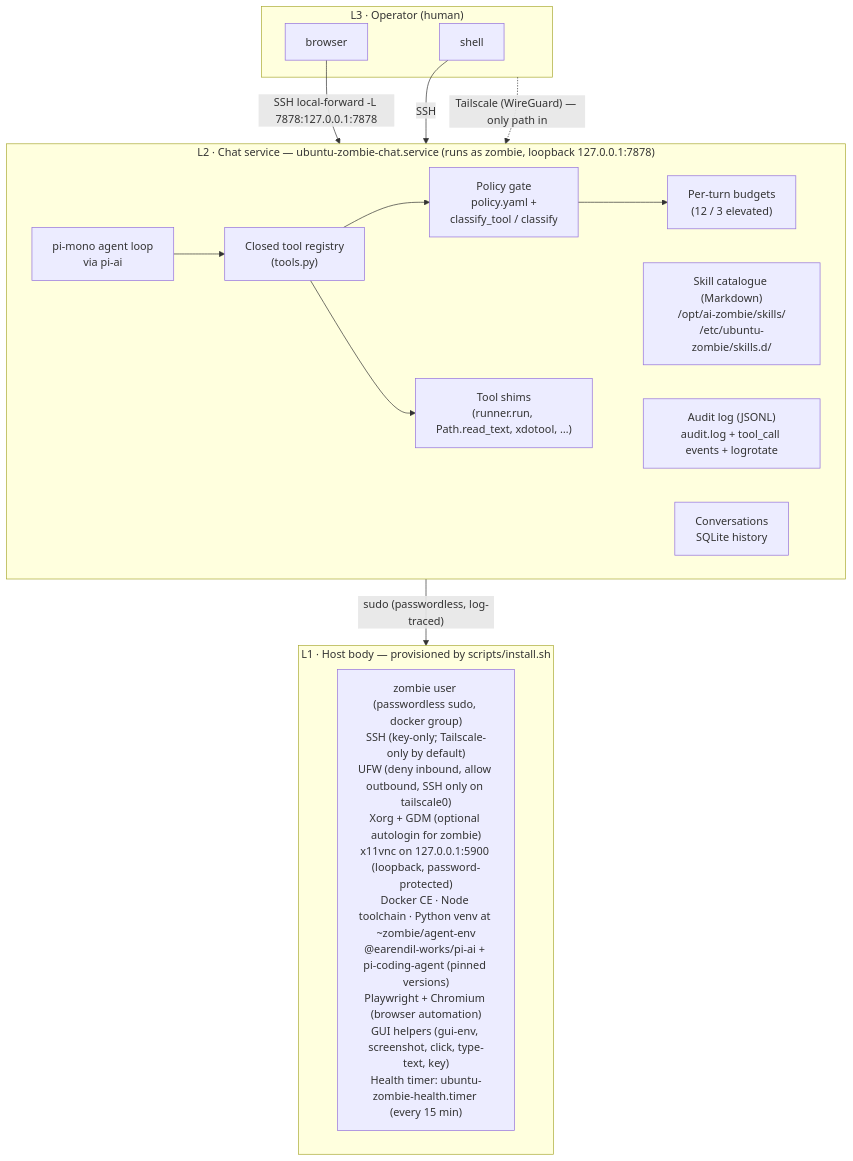
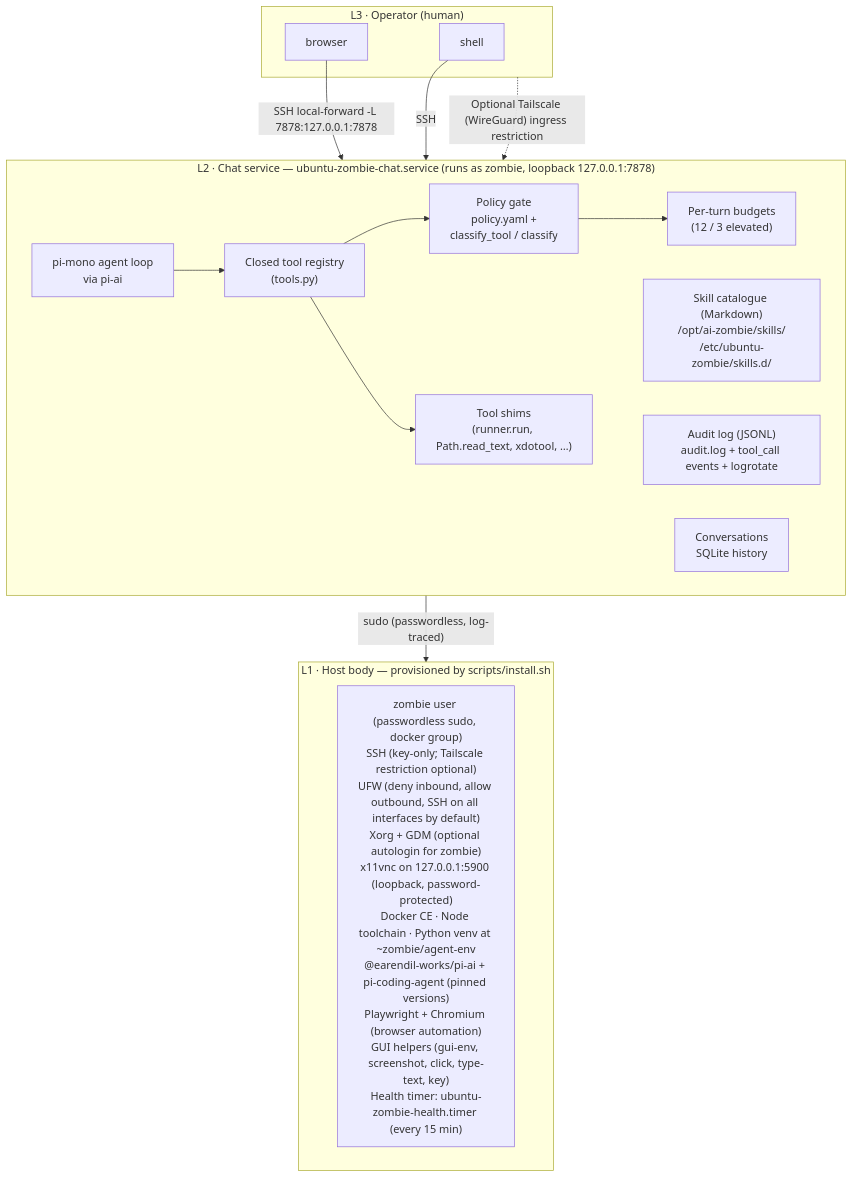
Before and after one commit to japer-technology/ubuntu-zombie: the first of 3 diagrams in docs/ARCHITECTURE.md, drawn with Mermaid. The commit also changed other lines of this file and 10 other files, not shown here.

Commit message:
Clarify optional Tailscale documentation

````diff
--- a/docs/ARCHITECTURE.md
+++ b/docs/ARCHITECTURE.md
@@ -22,30 +22,30 @@
 ```mermaid
 flowchart TB
     subgraph L3["L3 · Operator (human)"]
         browser["browser"]
         shell["shell"]
     end
 
     subgraph L2["L2 · Chat service — ubuntu-zombie-chat.service (runs as zombie, loopback 127.0.0.1:7878)"]
         pimono["pi-mono agent loop<br/>via pi-ai"]
         registry["Closed tool registry<br/>(tools.py)"]
         policy["Policy gate<br/>policy.yaml +<br/>classify_tool / classify"]
         shims["Tool shims<br/>(runner.run, Path.read_text, xdotool, …)"]
         budgets["Per-turn budgets<br/>(12 / 3 elevated)"]
         skills["Skill catalogue (Markdown)<br/>/opt/ai-zombie/skills/<br/>/etc/ubuntu-zombie/skills.d/"]
         audit["Audit log (JSONL)<br/>audit.log + tool_call events + logrotate"]
         convos["Conversations<br/>SQLite history"]
         pimono --> registry --> policy
         registry --> shims
         policy --> budgets
     end
 
     subgraph L1["L1 · Host body — provisioned by scripts/install.sh"]
-        host["zombie user (passwordless sudo, docker group)<br/>SSH (key-only; Tailscale-only by default)<br/>UFW (deny inbound, allow outbound, SSH only on tailscale0)<br/>Xorg + GDM (optional autologin for zombie)<br/>x11vnc on 127.0.0.1:5900 (loopback, password-protected)<br/>Docker CE · Node toolchain · Python venv at ~zombie/agent-env<br/>@earendil-works/pi-ai + pi-coding-agent (pinned versions)<br/>Playwright + Chromium (browser automation)<br/>GUI helpers (gui-env, screenshot, click, type-text, key)<br/>Health timer: ubuntu-zombie-health.timer (every 15 min)"]
+        host["zombie user (passwordless sudo, docker group)<br/>SSH (key-only; Tailscale restriction optional)<br/>UFW (deny inbound, allow outbound, SSH on all interfaces by default)<br/>Xorg + GDM (optional autologin for zombie)<br/>x11vnc on 127.0.0.1:5900 (loopback, password-protected)<br/>Docker CE · Node toolchain · Python venv at ~zombie/agent-env<br/>@earendil-works/pi-ai + pi-coding-agent (pinned versions)<br/>Playwright + Chromium (browser automation)<br/>GUI helpers (gui-env, screenshot, click, type-text, key)<br/>Health timer: ubuntu-zombie-health.timer (every 15 min)"]
     end
 
     browser -->|"SSH local-forward -L 7878:127.0.0.1:7878"| L2
     shell -->|"SSH"| L2
-    L3 -.->|"Tailscale (WireGuard) — only path in"| L2
+    L3 -.->|"Optional Tailscale (WireGuard) ingress restriction"| L2
     L2 -->|"sudo (passwordless, log-traced)"| L1
 ```
````
